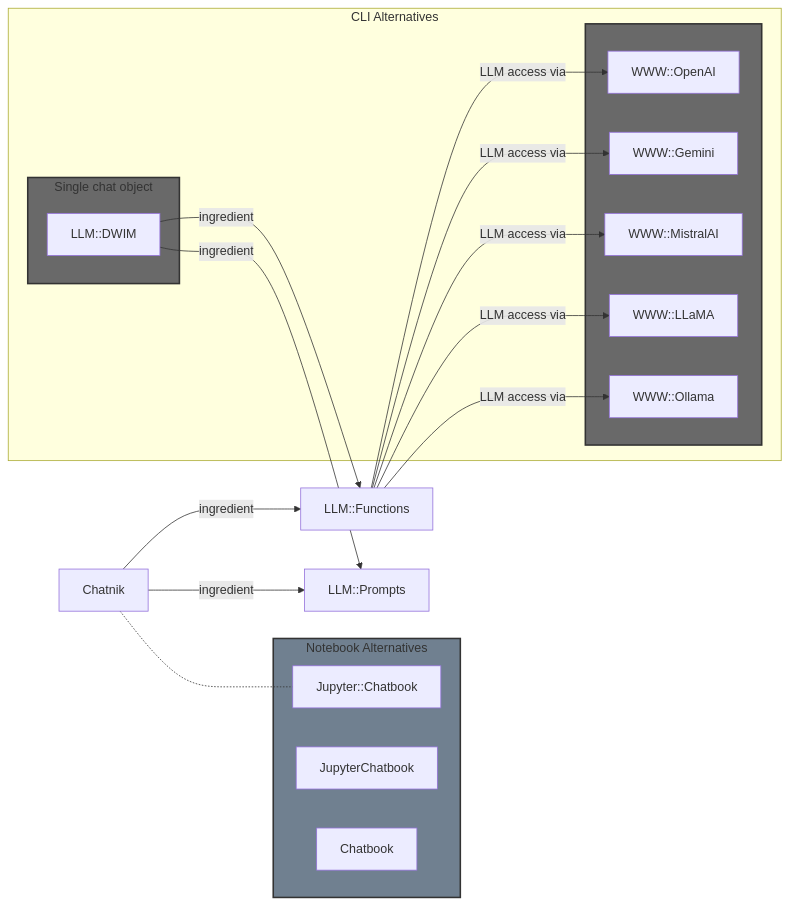
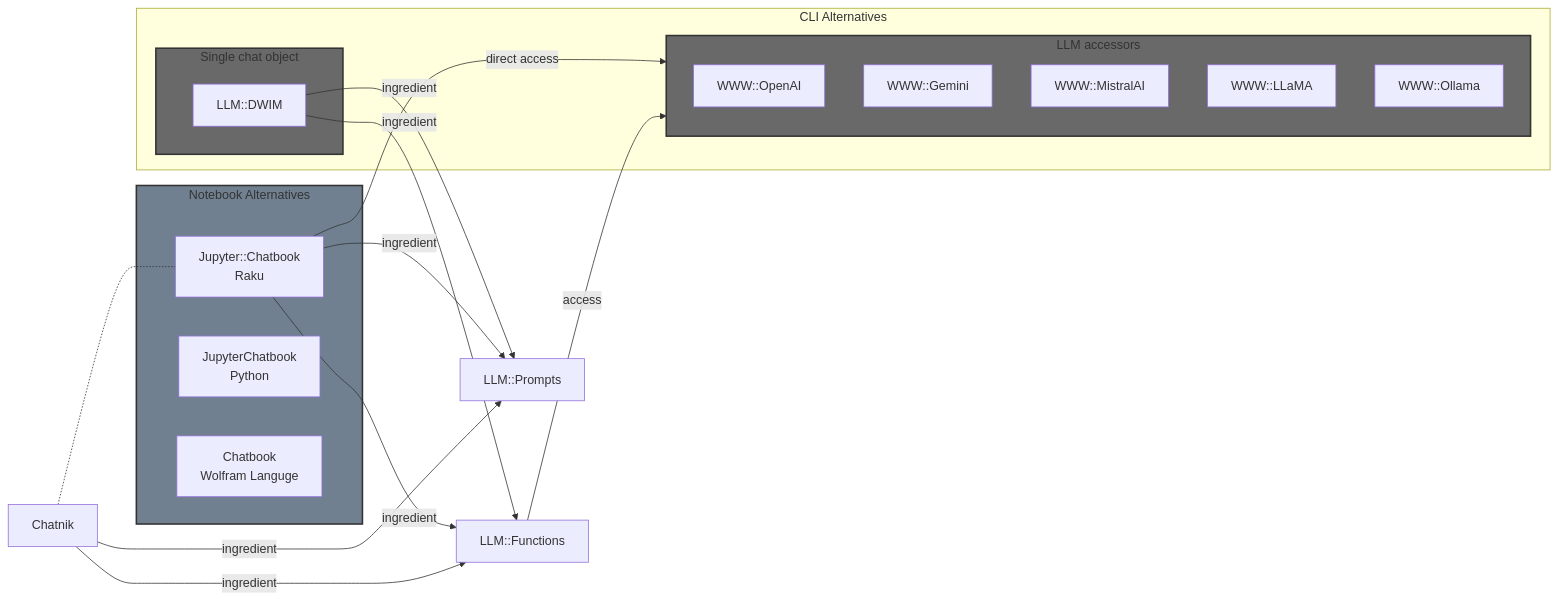
One commit to antononcube/RakuForPrediction-blog changed the second of 2 diagrams in Articles/Chatnik-LLM-Host-in-the-Shell-Part-1.md. Above: the diagram before and after it, drawn with Mermaid. The commit also changed other lines of this file, not shown here.

Commit message:
docs:Added reference links. More precise relationship diagram.

````diff
--- a/Articles/Chatnik-LLM-Host-in-the-Shell-Part-1.md
+++ b/Articles/Chatnik-LLM-Host-in-the-Shell-Part-1.md
@@ -408,41 +415,40 @@
 ```mermaid
 flowchart LR
     Chatnik[Chatnik] --> |ingredient| LLMFunc[LLM::Functions] 
     Chatnik --> |ingredient| LLMPrompts[LLM::Prompts] 
-    LLMFunc --> |LLM access via| OpenAI[WWW::OpenAI]
-    LLMFunc --> |LLM access via| Gemini[WWW::Gemini]
-    LLMFunc --> |LLM access via| MistralAI[WWW::MistralAI]
-    LLMFunc --> |LLM access via| LLaMA[WWW::LLaMA]
-    LLMFunc --> |LLM access via| Ollama[WWW::Ollama]
-
+    
     DWIM[LLM::DWIM] --> |ingredient| LLMFunc
     DWIM --> |ingredient| LLMPrompts
+    LLMFunc --> |access| WWW
 
     subgraph LA[CLI Alternatives]
         
-      subgraph WWW[ ]
-          OpenAI
-          Gemini
-          MistralAI
-          LLaMA
-          Ollama
+      subgraph WWW[LLM accessors]
+          OpenAI[WWW::OpenAI]
+          Gemini[WWW::Gemini]
+          MistralAI[WWW::MistralAI]
+          LLaMA[WWW::LLaMA]
+          Ollama[WWW::Ollama]
       end
     
       subgraph SCO[Single chat object]
           DWIM
       end
       
     end
     
     subgraph NA[Notebook Alternatives]
-        RakuJupyter["Jupyter::Chatbook"]
-        PythonJupyter["JupyterChatbook"]
-        WLChatbook["Chatbook"]
+        RakuJupyter["Jupyter::Chatbook<br>Raku"]
+        PythonJupyter["JupyterChatbook<br>Python"]
+        WLChatbook["Chatbook<br>Wolfram Languge"]
     end
 
     Chatnik -.- RakuJupyter
+    RakuJupyter --> |ingredient|LLMFunc
+    RakuJupyter --> |ingredient|LLMPrompts
+    RakuJupyter --> |direct access|WWW
 
     style WWW fill:DimGray,stroke:#333,stroke-width:2px
     style SCO fill:DimGray,stroke:#333,stroke-width:2px
     style NA fill:SlateGray,stroke:#333,stroke-width:2px
 ```
````
